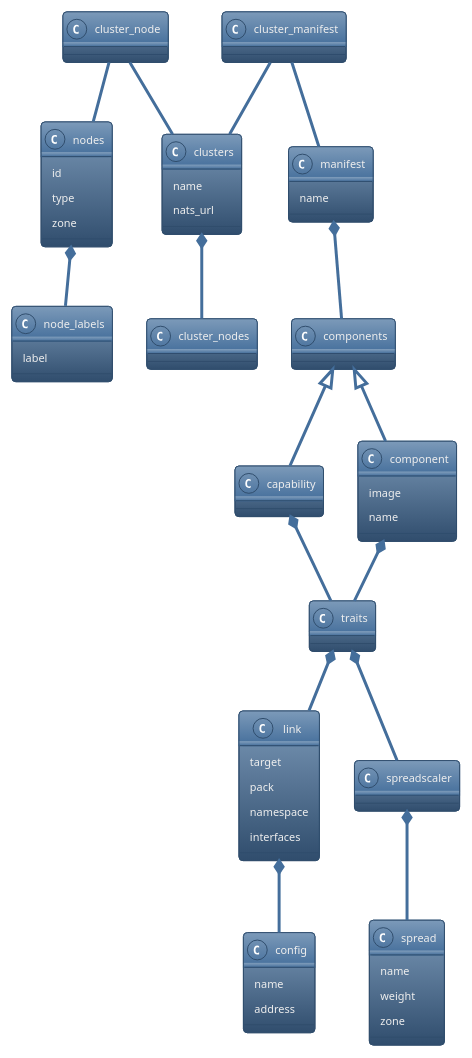
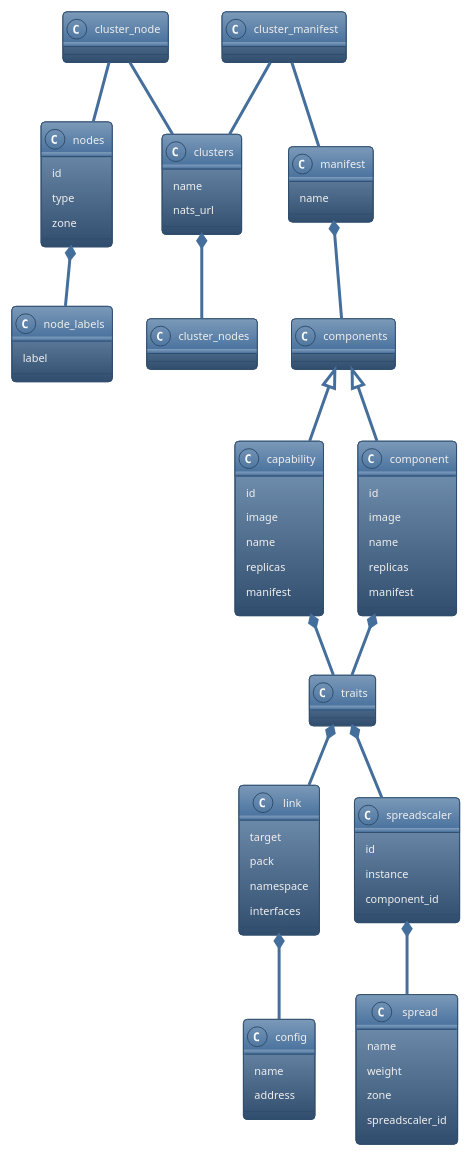
Before and after one commit to gandalf-the-white/togusa: the second of 2 diagrams in togusa05/README.org, drawn with PlantUML. The commit also changed 6 other files, not shown here.

```diff
--- a/togusa05/README.org
+++ b/togusa05/README.org
@@ -35,37 +35,49 @@
 #+begin_src plantuml :file ./images/database.svg  
 !theme spacelab
 scale 0.8
 clusters *-- cluster_nodes
 nodes *-- node_labels
 cluster_node -- clusters
 cluster_node -- nodes
 capability *-- traits
 component *-- traits
 manifest *-- components
 components <|-- component
 components <|-- capability
 link *-- config
 traits *-- spreadscaler
 traits *-- link
 spreadscaler *-- spread
 cluster_manifest -- manifest
 cluster_manifest -- clusters
 manifest : name
+component : id
 component : image
 component : name
+component : replicas
+component : manifest
+capability : id
+capability : image
+capability : name
+capability : replicas
+capability : manifest
+spreadscaler : id
+spreadscaler : instance
+spreadscaler : component_id
 spread : name
 spread : weight
 spread : zone
+spread : spreadscaler_id
 link : target
 link : pack
 link : namespace
 link : interfaces
 clusters : name
 clusters : nats_url
 nodes : id
 nodes : type
 nodes : zone
 node_labels : label
 config : name
 config : address
 #+end_src
```
